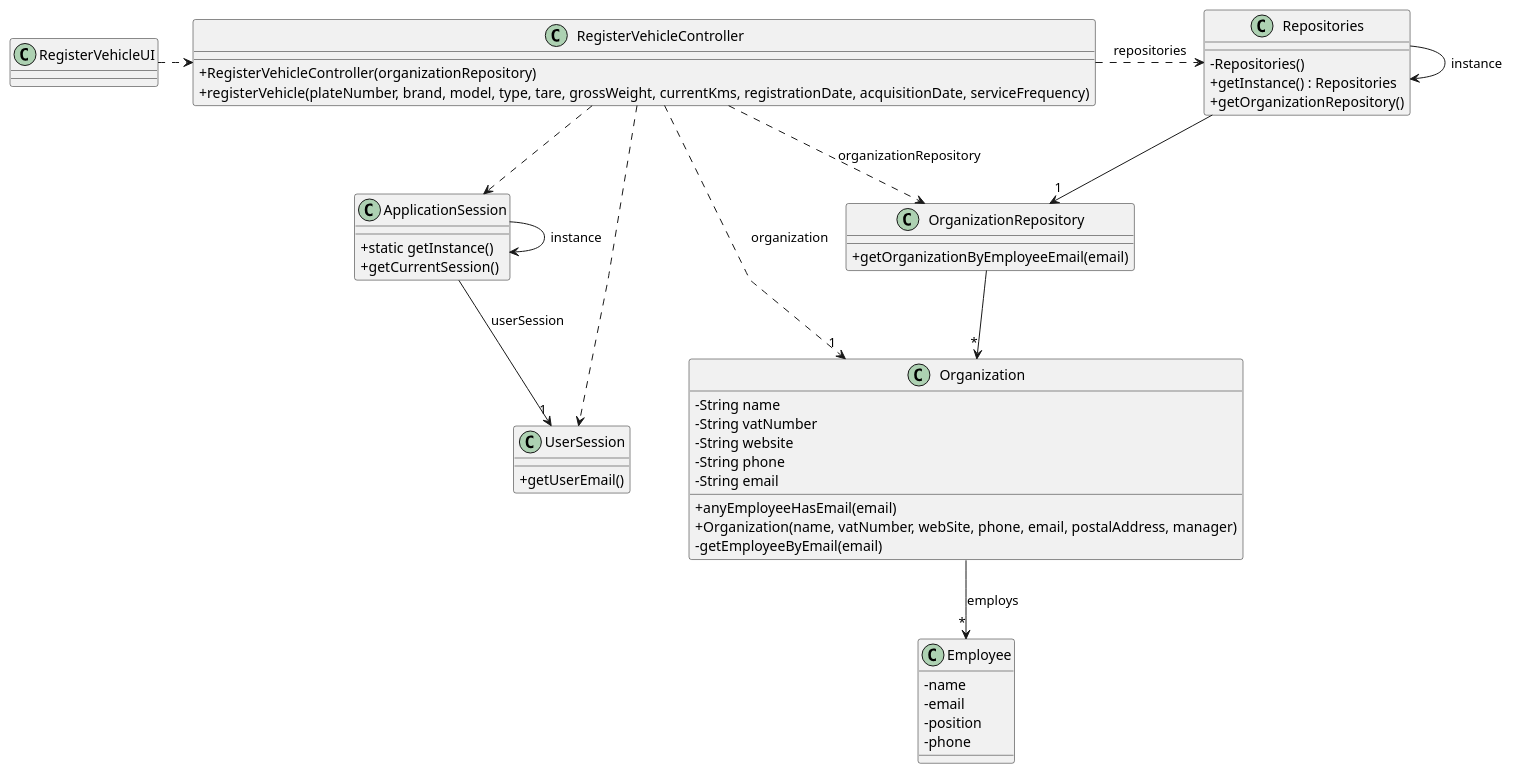
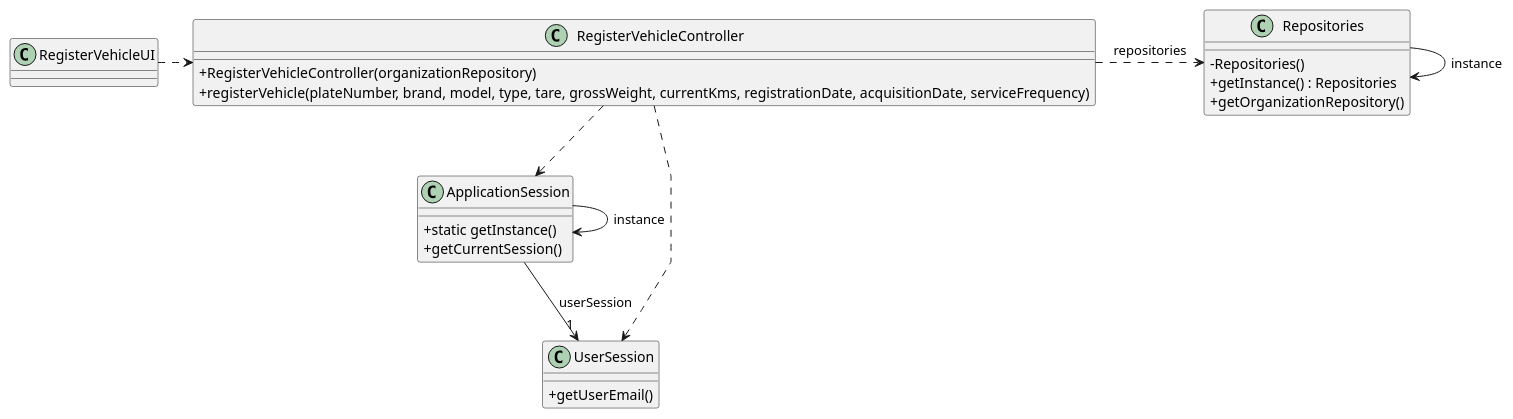
One commit to diogoveirospro/lei-24-s2-1dg-g072 changed the diagram in docs/sprintB/us006/03.design/puml/us006-class-diagram.puml. Above: the diagram before and after it, drawn with PlantUML. The commit also changed 2 other files, not shown here.

```diff
--- a/docs/sprintB/us006/03.design/puml/us006-class-diagram.puml
+++ b/docs/sprintB/us006/03.design/puml/us006-class-diagram.puml
@@ -1,80 +1,51 @@
 @startuml
 'skinparam monochrome true
 skinparam packageStyle rectangle
 skinparam shadowing false
 skinparam linetype polyline
 'skinparam linetype orto
 
 skinparam classAttributeIconSize 0
 
 'left to right direction
 
 class ApplicationSession
 {
     + static getInstance()
     + getCurrentSession()
 }
 
 class UserSession
 {
     + getUserEmail()
 }
 
-class Employee {
-    - name
-    - email
-    - position
-    - phone
-}
-
-class Organization {
-    - String name
-    - String vatNumber
-    - String website
-    - String phone
-    - String email
-
-    + anyEmployeeHasEmail(email)
-    + Organization(name, vatNumber, webSite, phone, email, postalAddress, manager)
-    - getEmployeeByEmail(email)
-
-}
-
-class OrganizationRepository {
-    + getOrganizationByEmployeeEmail(email)
-}
 
 class Repositories {
     - Repositories()
     + getInstance() : Repositories
     + getOrganizationRepository()
 }
 
 class RegisterVehicleController {
     + RegisterVehicleController(organizationRepository)
     + registerVehicle(plateNumber, brand, model, type, tare, grossWeight, currentKms, registrationDate, acquisitionDate, serviceFrequency)
 }
 
 class RegisterVehicleUI {
 }
 
 Repositories -> Repositories : instance
 ApplicationSession -> ApplicationSession : instance
 
 RegisterVehicleUI .> RegisterVehicleController
 
 RegisterVehicleController .> Repositories : repositories
 
-RegisterVehicleController ..> OrganizationRepository : organizationRepository
 
-Repositories --> "1" OrganizationRepository
-
-OrganizationRepository --> "*" Organization
 ApplicationSession --> "1" UserSession : userSession
 
-RegisterVehicleController ..> "1" Organization : organization
 RegisterVehicleController ..> ApplicationSession
 RegisterVehicleController ..> UserSession
-Organization --> "*" Employee : employs
 
 @enduml
```
